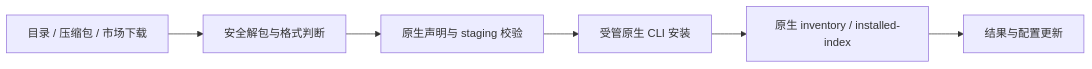
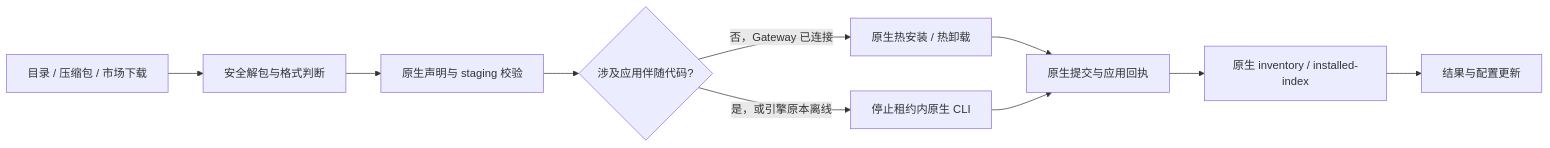
The fourth of 4 diagrams in docs/architecture/07-plugin-system.md (liangxhao/JustDo), drawn with Mermaid before and after one commit. The commit also changed other lines of this file and 22 other files, not shown here.

````diff
--- a/docs/architecture/07-plugin-system.md
+++ b/docs/architecture/07-plugin-system.md
@@ -391,8 +392,12 @@
 ```mermaid
 flowchart LR
   Source[目录 / 压缩包 / 市场下载] --> Validate[安全解包与格式判断]
   Validate --> Recheck[原生声明与 staging 校验]
-  Recheck --> Install[受管原生 CLI 安装]
+  Recheck --> Route{涉及应用伴随代码?}
+  Route -->|否，Gateway 已连接| Hot[原生热安装 / 热卸载]
+  Route -->|是，或引擎原本离线| Cold[停止租约内原生 CLI]
+  Hot --> Install[原生提交与应用回执]
+  Cold --> Install
   Install --> Readback[原生 inventory / installed-index]
   Readback --> Result[结果与配置更新]
 ```
````
